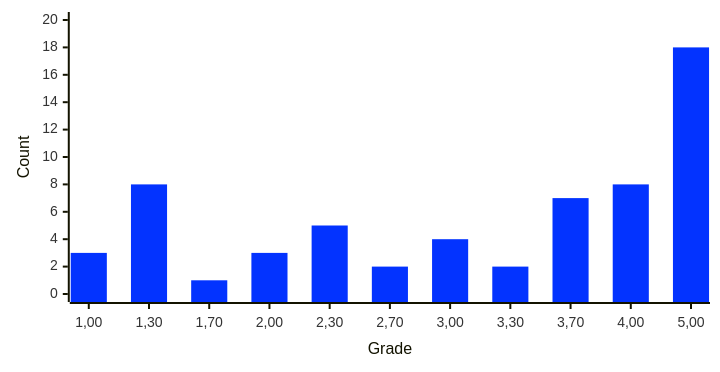
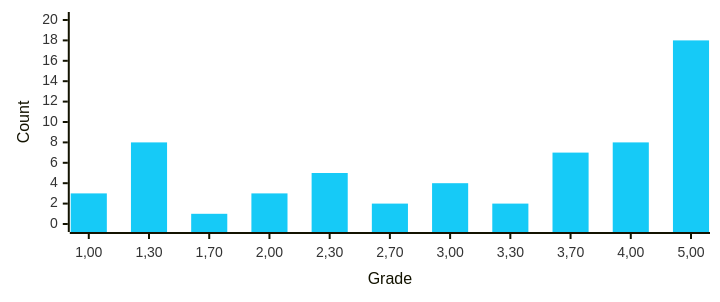
The diagram in lectures/SPM/26WT/admin/index.qmd (awe-hnu/awe-hnu.github.io), drawn with Mermaid before and after one commit. The commit also changed other lines of this file and 767 other files, not shown here.

````diff
--- a/lectures/SPM/26WT/admin/index.qmd
+++ b/lectures/SPM/26WT/admin/index.qmd
@@ -169,9 +205,9 @@
 ```{mermaid}
-%%{init: {'theme':'base', 'themeVariables': { 'xyChart': {'backgroundColor': 'transparent', 'titleColor': '#0333ff', 
-'xAxisLabelColor': '#333', 'yAxisLabelColor': '#333', 'plotColorPalette': '#0333ff'}}, 'xyChart': {'width': 700, 
-'height': 350}}}%%
+%%{init: {'theme':'base', 'themeVariables': { 'xyChart': {'backgroundColor': 'transparent', 'titleColor': '#16CAF7', 
+'xAxisLabelColor': '#333', 'yAxisLabelColor': '#333', 'plotColorPalette': '#16CAF7'}}, 'xyChart': {'width': 700, 
+'height': 280}}}%%
 xychart-beta
     x-axis "Grade" ["1,00", "1,30", "1,70", "2,00", "2,30", "2,70", "3,00", "3,30", "3,70", "4,00", "5,00"]
     y-axis "Count" 0 --> 20
     bar [3, 8, 1, 3, 5, 2, 4, 2, 7, 8, 18]
 ```
````
